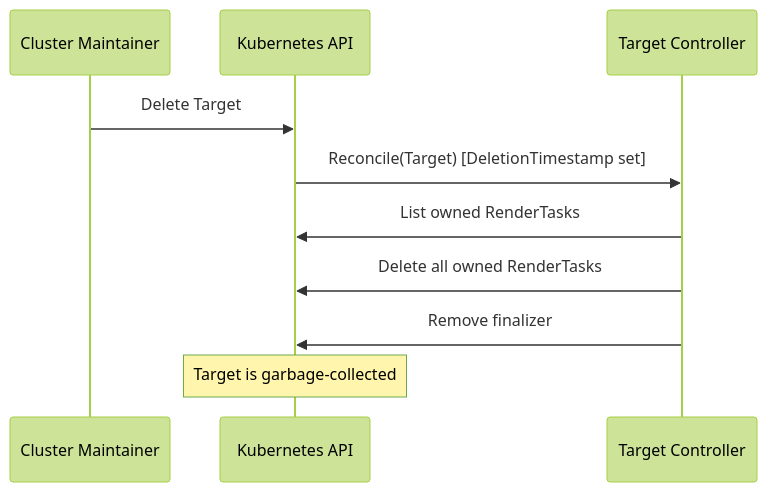
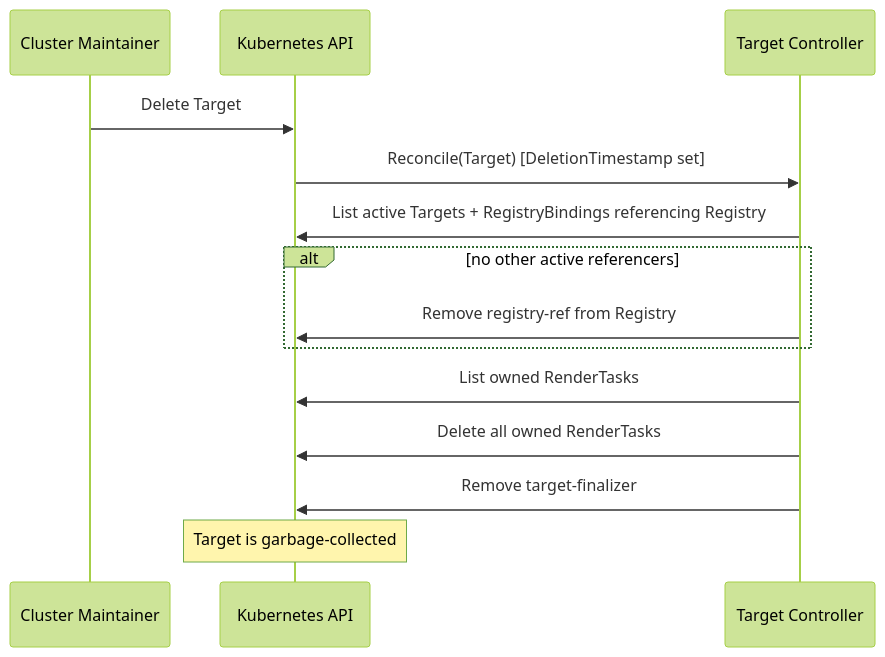
The fourth of 5 diagrams in docs/developer-guide/target_controller.md (opendefensecloud/solution-arsenal), drawn with Mermaid (forest theme) before and after one commit. The commit also changed other lines of this file and 26 other files, not shown here.

````diff
--- a/docs/developer-guide/target_controller.md
+++ b/docs/developer-guide/target_controller.md
@@ -178,13 +189,17 @@
 ```mermaid
 sequenceDiagram
     participant User as Cluster Maintainer
     participant K8s as Kubernetes API
     participant TargetCtrl as Target Controller
 
     User->>K8s: Delete Target
     K8s->>TargetCtrl: Reconcile(Target) [DeletionTimestamp set]
+    TargetCtrl->>K8s: List active Targets + RegistryBindings referencing Registry
+    alt no other active referencers
+        TargetCtrl->>K8s: Remove registry-ref from Registry
+    end
     TargetCtrl->>K8s: List owned RenderTasks
     TargetCtrl->>K8s: Delete all owned RenderTasks
-    TargetCtrl->>K8s: Remove finalizer
+    TargetCtrl->>K8s: Remove target-finalizer
     Note over K8s: Target is garbage-collected
 ```
````
